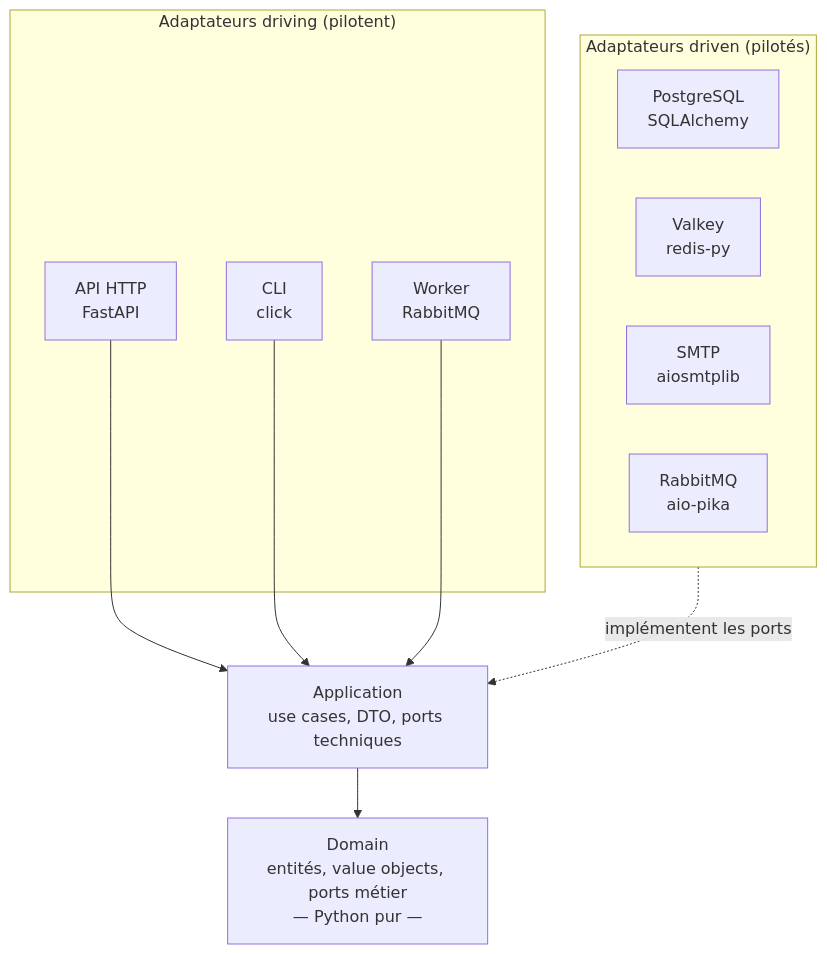
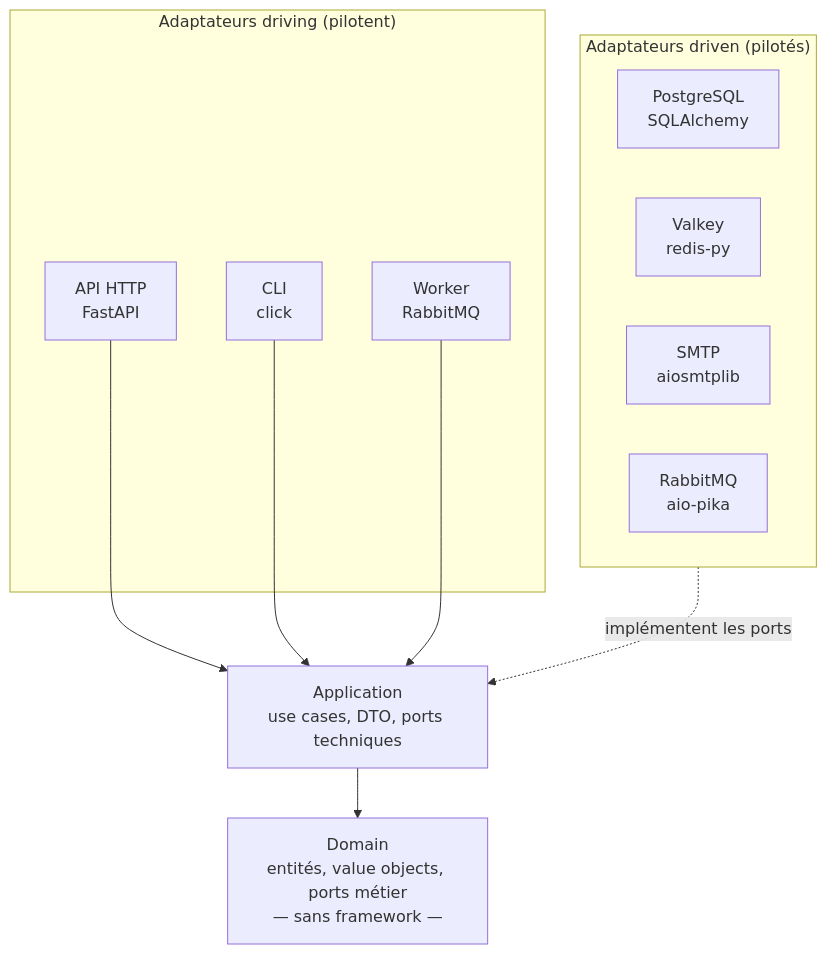
One commit to EdwinAlkins/fastapi-hexagonal changed the diagram in backend/docs/cours/01-regle-de-dependance.md. Above: the diagram before and after it, drawn with Mermaid. The commit also changed other lines of this file and 30 other files, not shown here.

First line of the commit message:
Update documentation to reflect architectural changes and clarify concepts

````diff
--- a/backend/docs/cours/01-regle-de-dependance.md
+++ b/backend/docs/cours/01-regle-de-dependance.md
@@ -28,24 +28,24 @@
 ```mermaid
 flowchart TB
     subgraph driving["Adaptateurs driving (pilotent)"]
         API["API HTTP<br/>FastAPI"]
         CLI["CLI<br/>click"]
         WORKER["Worker<br/>RabbitMQ"]
     end
 
     APP["Application<br/>use cases, DTO, ports techniques"]
-    DOM["Domain<br/>entités, value objects, ports métier<br/>— Python pur —"]
+    DOM["Domain<br/>entités, value objects, ports métier<br/>— sans framework —"]
 
     subgraph driven["Adaptateurs driven (pilotés)"]
         DB["PostgreSQL<br/>SQLAlchemy"]
         CACHE["Valkey<br/>redis-py"]
         SMTP["SMTP<br/>aiosmtplib"]
         MQ["RabbitMQ<br/>aio-pika"]
     end
 
     API --> APP
     CLI --> APP
     WORKER --> APP
     APP --> DOM
     driven -.implémentent les ports.-> APP
 ```
````
